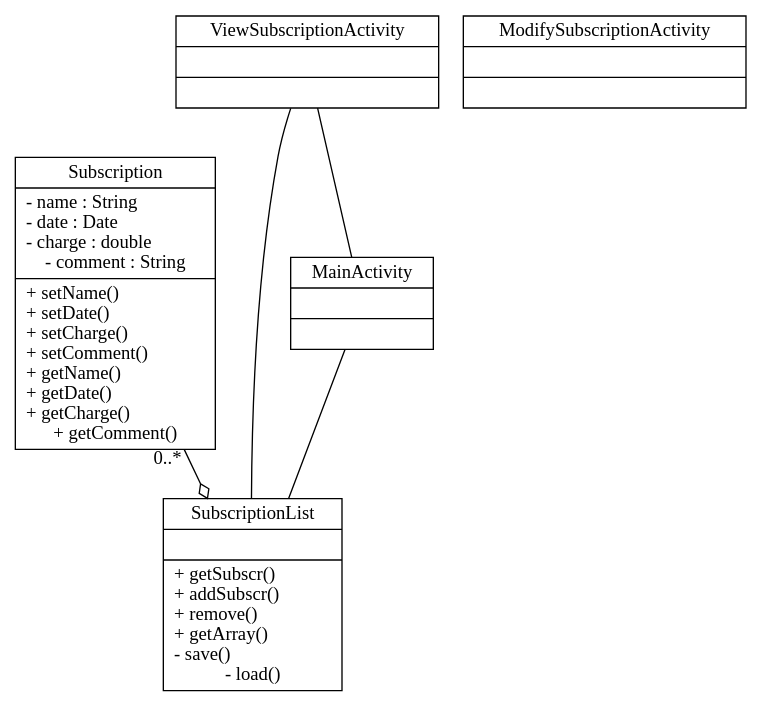
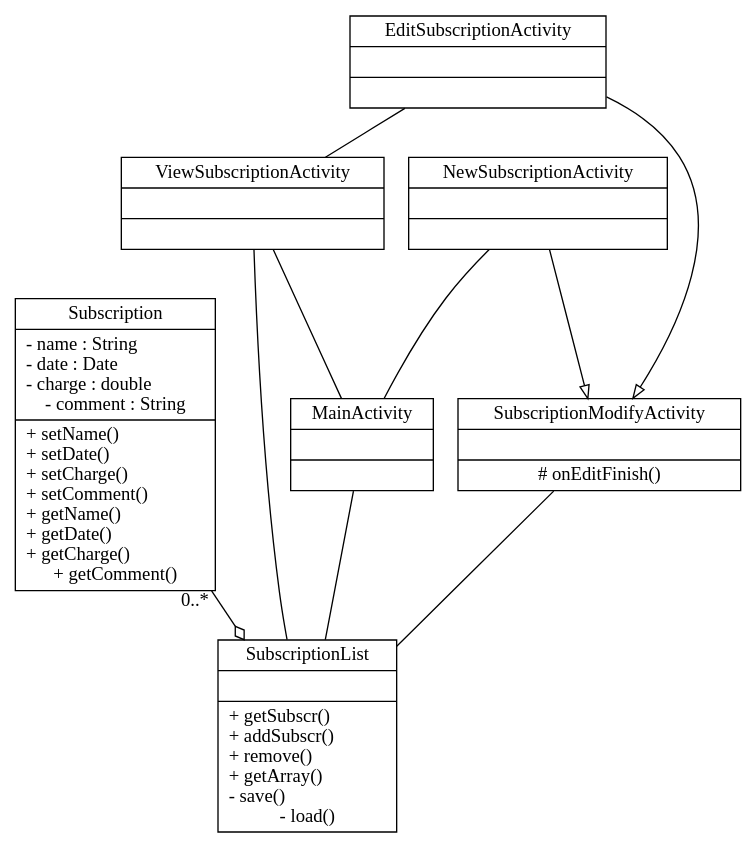
Before and after one commit to Petelliott/pelliott-SubBook: the diagram in uml-subbook.dot, drawn with Graphviz. The commit also changed 3 other files, not shown here.

```diff
--- a/uml-subbook.dot
+++ b/uml-subbook.dot
@@ -1,22 +1,31 @@
 digraph G {
     Subscription[
         shape=record
         label="{Subscription|- name : String\l- date : Date\l- charge : double\l- comment : String|+ setName()\l+ setDate()\l+ setCharge()\l+ setComment()\l+ getName()\l+ getDate()\l+ getCharge()\l+ getComment()}"
     ];
 
     SubscriptionList[
         shape=record
         label="{SubscriptionList||+ getSubscr()\l+ addSubscr()\l+ remove()\l+ getArray()\l- save()\l- load()}"
     ];
 
     Subscription->SubscriptionList[arrowhead="odiamond",taillabel = "0..*"];
 
     MainActivity[shape=record,label="{MainActivity||}"];
     ViewSubscriptionActivity[shape=record,label="{ViewSubscriptionActivity||}"];
-    modifySubscriptionActivity[shape=record,label="{ModifySubscriptionActivity||}"];
+    SubscriptionModifyActivity[shape=record,label="{SubscriptionModifyActivity||# onEditFinish()}"];
 
     MainActivity->SubscriptionList[arrowhead="none"];
     ViewSubscriptionActivity->SubscriptionList[arrowhead="none"];
     ViewSubscriptionActivity->MainActivity[arrowhead="none"];
-    
+    SubscriptionModifyActivity->SubscriptionList[arrowhead="none"];
+
+    EditSubscriptionActivity[shape=record,label="{EditSubscriptionActivity||}"];
+    NewSubscriptionActivity[shape=record,label="{NewSubscriptionActivity||}"];
+
+    EditSubscriptionActivity->SubscriptionModifyActivity[arrowhead="onormal"];
+    NewSubscriptionActivity->SubscriptionModifyActivity[arrowhead="onormal"];
+
+    NewSubscriptionActivity->MainActivity[arrowhead="none"];
+    EditSubscriptionActivity->ViewSubscriptionActivity[arrowhead="none"];
 }
```
